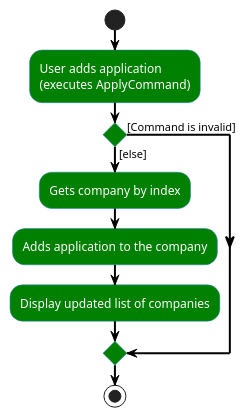
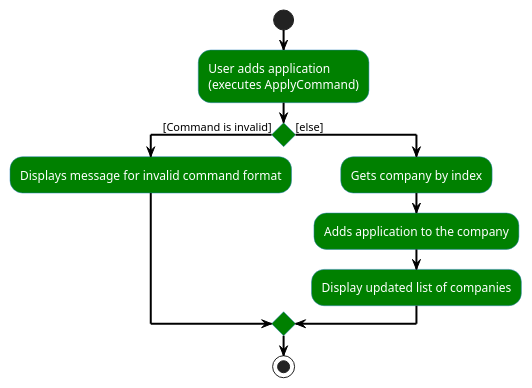
The diagram in docs/diagrams/ApplyCommandActivity.puml (nus-cs2103-AY2425S1/tp), drawn with PlantUML before and after one commit.

Commit message:
Add node in ApplyActivityDiagram

```diff
--- a/docs/diagrams/ApplyCommandActivity.puml
+++ b/docs/diagrams/ApplyCommandActivity.puml
@@ -1,27 +1,28 @@
 @startuml
 skinparam {
   backgroundColor white
 
   ArrowColor black
   ArrowThickness 2
 
   ActivityBackgroundColor green
   ActivityBorderColor #2980B9
   ActivityFontColor white
 }
 
 start
 :User adds application\n(executes ApplyCommand);
 
 If () then ([Command is invalid])
+    :Displays message for invalid command format;
 
     else ([else])
 
         :Gets company by index;
         :Adds application to the company;
         :Display updated list of companies;
 
         endif
 
 stop
 @enduml
```
